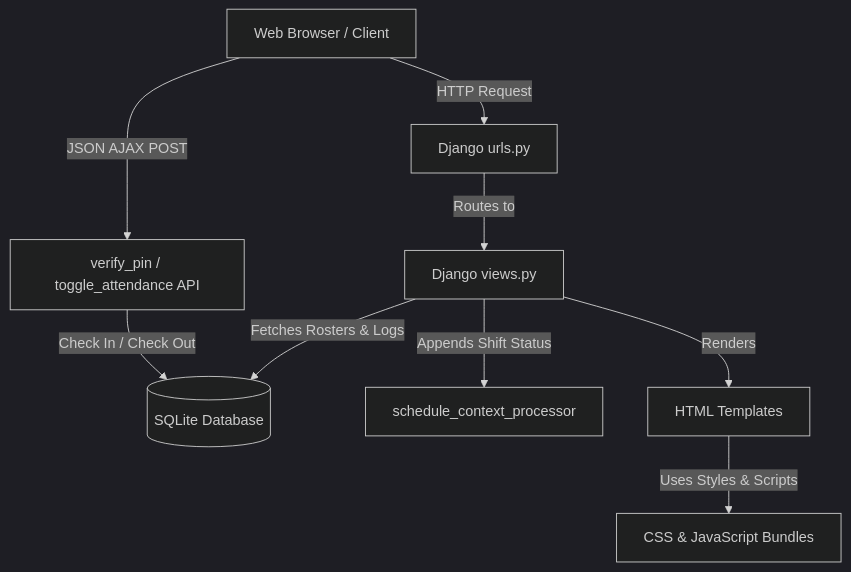
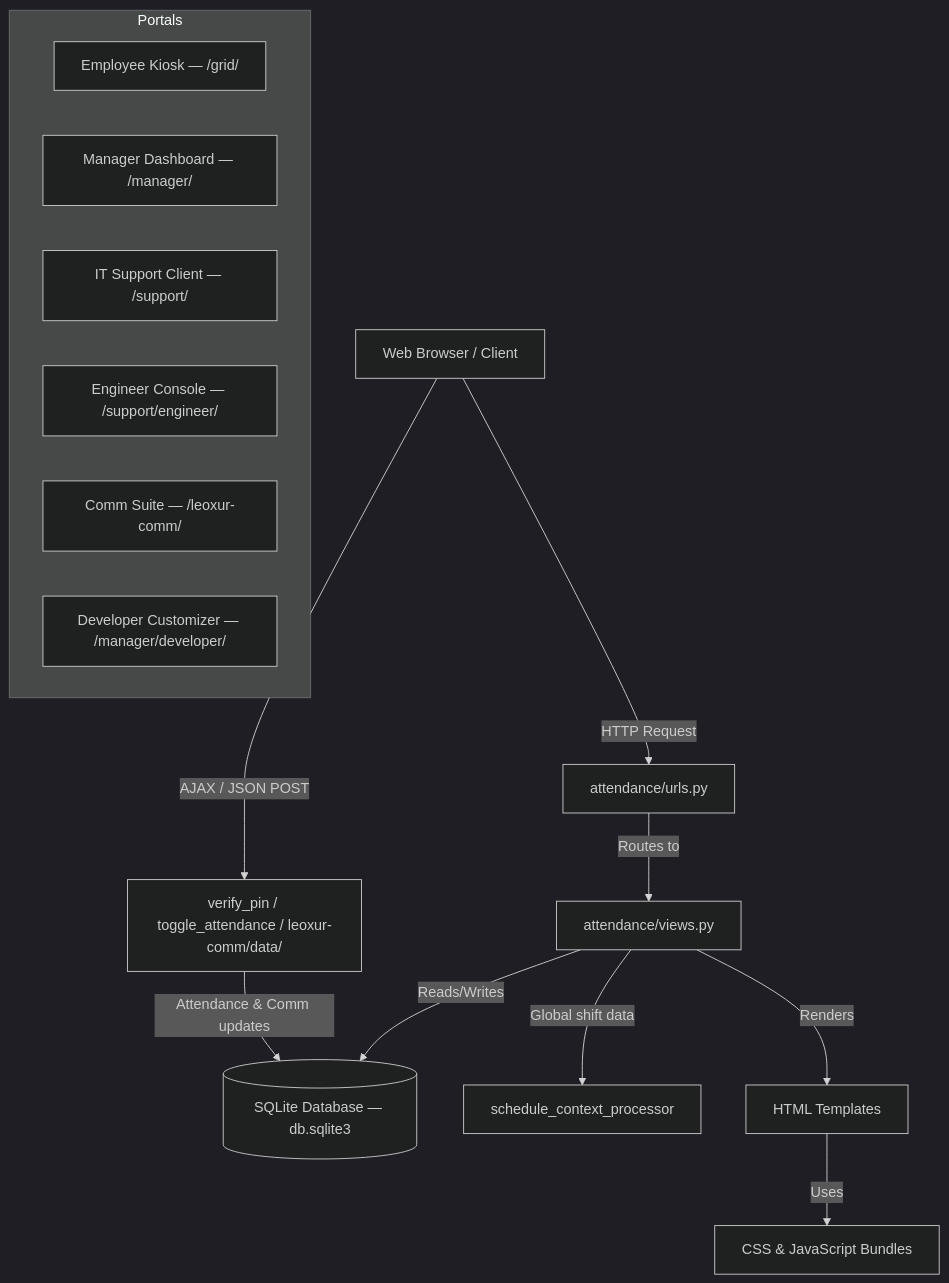
The diagram in README.md (leoxurDev/EmployeeManagementTool), drawn with Mermaid (dark theme) before and after one commit. The commit also changed other lines of this file, not shown here.

Commit message:
Updated my readme page

````diff
--- a/README.md
+++ b/README.md
@@ -11,14 +38,23 @@
 ```mermaid
 graph TD
-    Browser[Web Browser / Client] -->|HTTP Request| DjangoURLs[Django urls.py]
-    DjangoURLs -->|Routes to| DjangoViews[Django views.py]
-    
-    DjangoViews -->|Fetches Rosters & Logs| DB[(SQLite Database)]
-    DjangoViews -->|Appends Shift Status| ContextProc[schedule_context_processor]
-    
+    Browser[Web Browser / Client] -->|HTTP Request| DjangoURLs[attendance/urls.py]
+    DjangoURLs -->|Routes to| DjangoViews[attendance/views.py]
+
+    DjangoViews -->|Reads/Writes| DB[(SQLite Database — db.sqlite3)]
+    DjangoViews -->|Global shift data| ContextProc[schedule_context_processor]
+
     DjangoViews -->|Renders| Templates[HTML Templates]
-    Templates -->|Uses Styles & Scripts| StaticFiles[CSS & JavaScript Bundles]
-    
-    Browser -->|JSON AJAX POST| APIEndpoints[verify_pin / toggle_attendance API]
-    APIEndpoints -->|Check In / Check Out| DB
+    Templates -->|Uses| StaticFiles[CSS & JavaScript Bundles]
+
+    Browser -->|AJAX / JSON POST| APIEndpoints[verify_pin / toggle_attendance / leoxur-comm/data/]
+    APIEndpoints -->|Attendance & Comm updates| DB
+
+    subgraph Portals
+        Kiosk[Employee Kiosk — /grid/]
+        ManagerDash[Manager Dashboard — /manager/]
+        SupportClient[IT Support Client — /support/]
+        SupportEng[Engineer Console — /support/engineer/]
+        LeoxurComm[Comm Suite — /leoxur-comm/]
+        DevPage[Developer Customizer — /manager/developer/]
+    end
 ```
````
